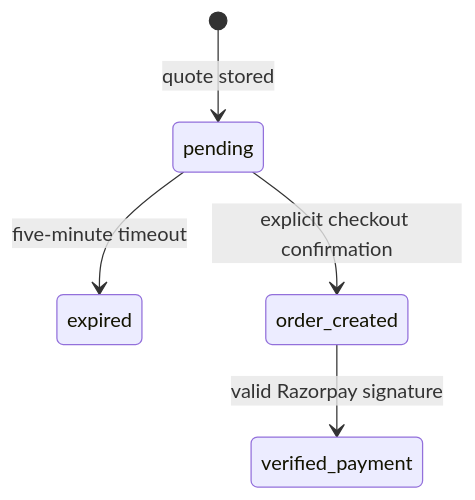
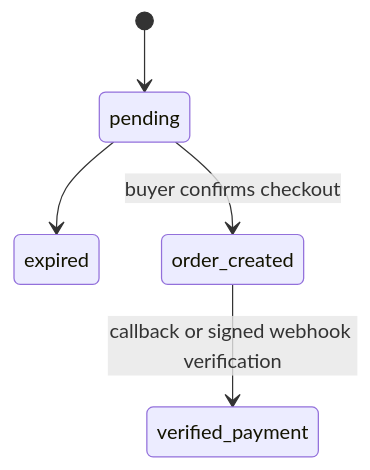
The fourth of 4 diagrams in ARCHITECTURE.md (Kumar-Ansuman1/CartPilot), drawn with Mermaid before and after one commit. The commit also changed other lines of this file, not shown here.

Commit message:
docs: document mandates delegated buyer and recovery architecture

````diff
--- a/ARCHITECTURE.md
+++ b/ARCHITECTURE.md
@@ -117,7 +281,7 @@
 ```mermaid
 stateDiagram-v2
-    [*] --> pending: quote stored
-    pending --> expired: five-minute timeout
-    pending --> order_created: explicit checkout confirmation
-    order_created --> verified_payment: valid Razorpay signature
+    [*] --> pending
+    pending --> expired
+    pending --> order_created: buyer confirms checkout
+    order_created --> verified_payment: callback or signed webhook verification
 ```
````
